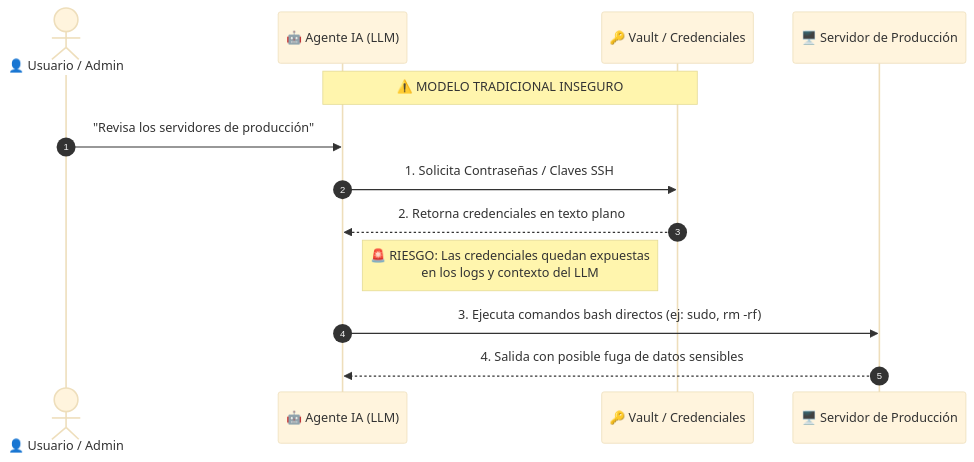
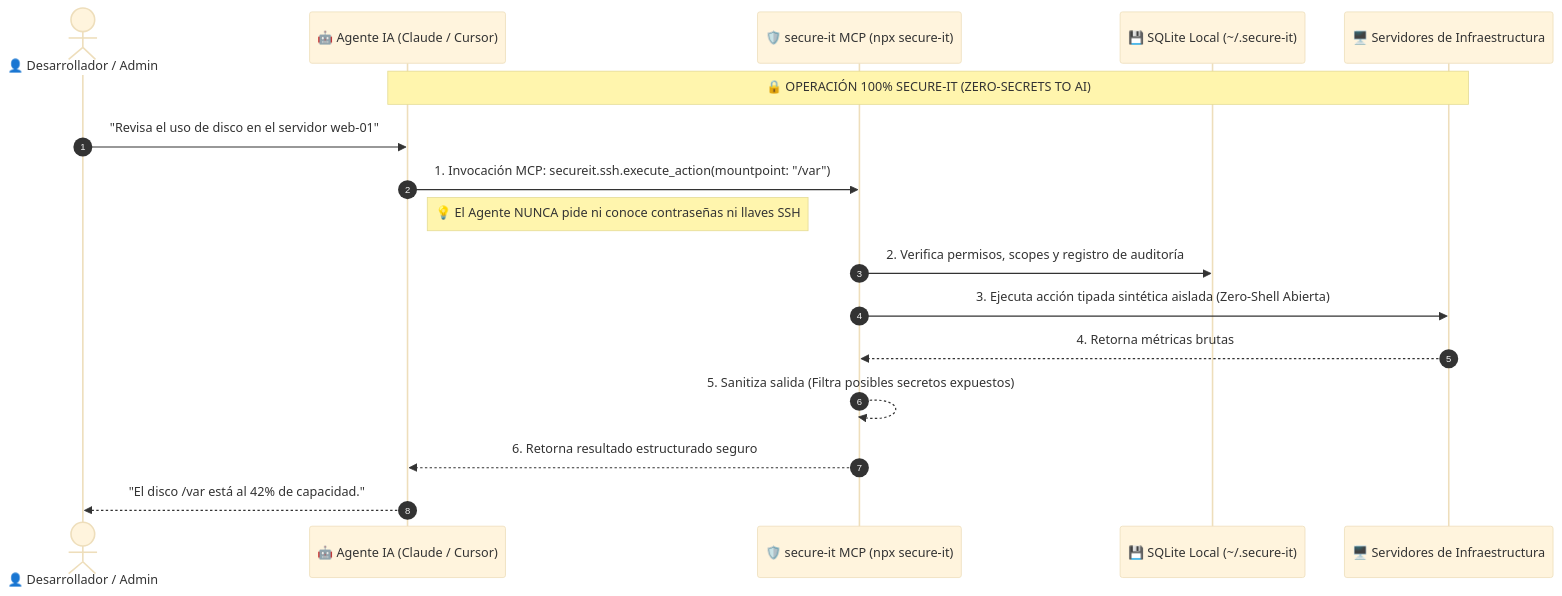
The first of 2 diagrams in README.md (elhumbertoz/secure-it), drawn with Mermaid (base theme) before and after one commit. The commit also changed other lines of this file, not shown here.

Commit message:
docs: overhaul README with high-impact pitch, empathy, setup guide and architecture

````diff
--- a/README.md
+++ b/README.md
@@ -13,16 +33,20 @@
 ```mermaid
 sequenceDiagram
     autonumber
-    actor User as 👤 Usuario / Admin
-    participant LLM as 🤖 Agente IA (LLM)
-    participant Vault as 🔑 Vault / Credenciales
-    participant Server as 🖥️ Servidor de Producción
+    actor Admin as 👤 Desarrollador / Admin
+    participant AI as 🤖 Agente IA (Claude / Cursor)
+    participant MCP as 🛡️ secure-it MCP (npx secure-it)
+    participant DB as 💾 SQLite Local (~/.secure-it)
+    participant Server as 🖥️ Servidores de Infraestructura
 
-    Note over LLM,Vault: ⚠️ MODELO TRADICIONAL INSEGURO
-    User->>LLM: "Revisa los servidores de producción"
-    LLM->>Vault: 1. Solicita Contraseñas / Claves SSH
-    Vault-->>LLM: 2. Retorna credenciales en texto plano
-    Note right of LLM: 🚨 RIESGO: Las credenciales quedan expuestas<br/>en los logs y contexto del LLM
-    LLM->>Server: 3. Ejecuta comandos bash directos (ej: sudo, rm -rf)
-    Server-->>LLM: 4. Salida con posible fuga de datos sensibles
+    Note over AI,Server: 🔒 OPERACIÓN 100% SECURE-IT (ZERO-SECRETS TO AI)
+    Admin->>AI: "Revisa el uso de disco en el servidor web-01"
+    AI->>MCP: 1. Invocación MCP: secureit.ssh.execute_action(mountpoint: "/var")
+    Note right of AI: 💡 El Agente NUNCA pide ni conoce contraseñas ni llaves SSH
+    MCP->>DB: 2. Verifica permisos, scopes y registro de auditoría
+    MCP->>Server: 3. Ejecuta acción tipada sintética aislada (Zero-Shell Abierta)
+    Server-->>MCP: 4. Retorna métricas brutas
+    MCP-->>MCP: 5. Sanitiza salida (Filtra posibles secretos expuestos)
+    MCP-->>AI: 6. Retorna resultado estructurado seguro
+    AI-->>Admin: "El disco /var está al 42% de capacidad."
 ```
````
